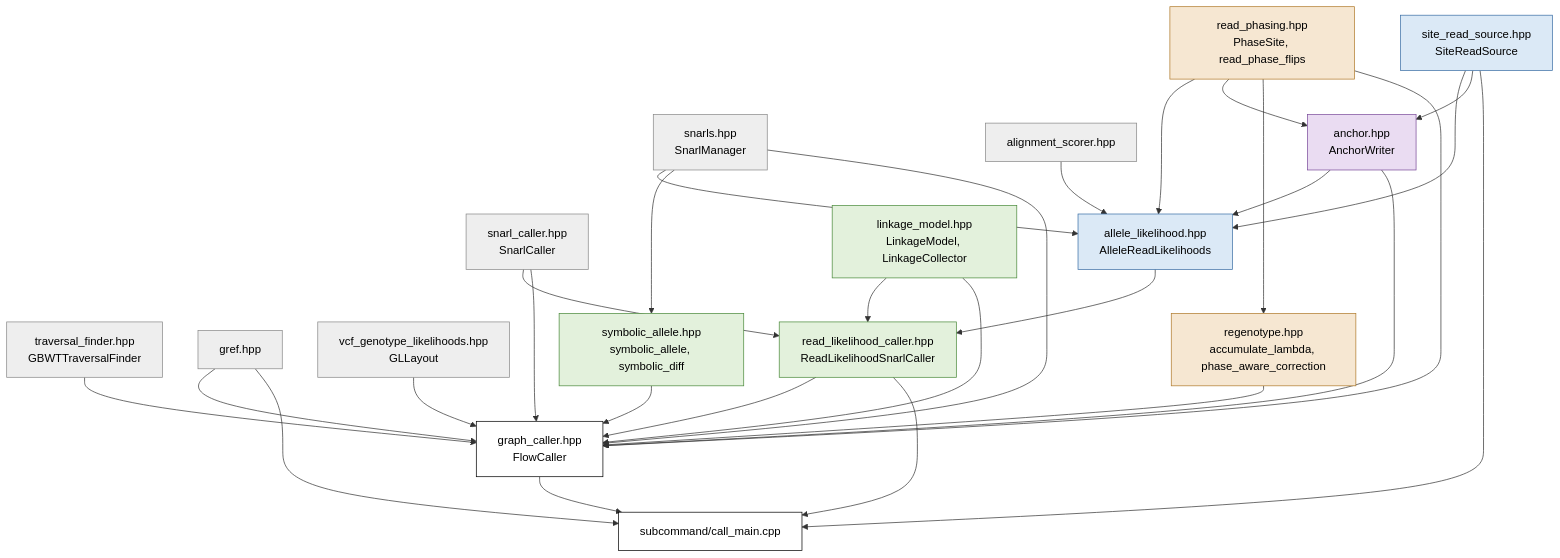
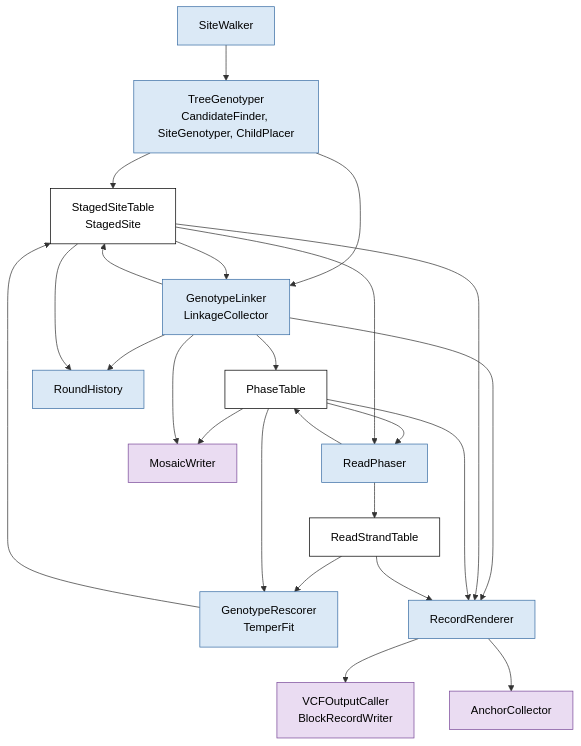
The diagram in doc/read-likelihood-architecture.md (vgteam/vg), drawn with Mermaid before and after one commit. The commit also changed other lines of this file and 3 other files, not shown here.

First line of the commit message:
call: describe the read-likelihood caller's classes in its source guide

````diff
--- a/doc/read-likelihood-architecture.md
+++ b/doc/read-likelihood-architecture.md
@@ -74,55 +102,44 @@
 ```mermaid
 flowchart TD
-    snarls["snarls.hpp<br/>SnarlManager"]:::vg
-    scorer["alignment_scorer.hpp"]:::vg
-    finder["traversal_finder.hpp<br/>GBWTTraversalFinder"]:::vg
-    snarlcaller["snarl_caller.hpp<br/>SnarlCaller"]:::vg
-    gref["gref.hpp"]:::vg
-    vcfgl["vcf_genotype_likelihoods.hpp<br/>GLLayout"]:::vg
+    walker["SiteWalker"]:::widget
+    tree["TreeGenotyper<br/>CandidateFinder, SiteGenotyper, ChildPlacer"]:::widget
+    staged["StagedSiteTable<br/>StagedSite"]:::data
+    linker["GenotypeLinker<br/>LinkageCollector"]:::widget
+    phases["PhaseTable"]:::data
+    phaser["ReadPhaser"]:::widget
+    strands["ReadStrandTable"]:::data
+    rescorer["GenotypeRescorer<br/>TemperFit"]:::widget
+    history["RoundHistory"]:::widget
+    renderer["RecordRenderer"]:::widget
+    output["VCFOutputCaller<br/>BlockRecordWriter"]:::output
+    anchors["AnchorCollector"]:::output
+    mosaic["MosaicWriter"]:::output
 
-    reads["site_read_source.hpp<br/>SiteReadSource"]:::likelihood
-    phasing["read_phasing.hpp<br/>PhaseSite, read_phase_flips"]:::phase
-    anchor["anchor.hpp<br/>AnchorWriter"]:::output
-    likelihood["allele_likelihood.hpp<br/>AlleleReadLikelihoods"]:::likelihood
-    caller["read_likelihood_caller.hpp<br/>ReadLikelihoodSnarlCaller"]:::genotype
-    linkage["linkage_model.hpp<br/>LinkageModel, LinkageCollector"]:::genotype
-    symbolic["symbolic_allele.hpp<br/>symbolic_allele, symbolic_diff"]:::genotype
-    regenotype["regenotype.hpp<br/>accumulate_lambda, phase_aware_correction"]:::phase
-    graphcaller["graph_caller.hpp<br/>FlowCaller"]:::driver
-    main["subcommand/call_main.cpp"]:::driver
+    walker --> tree
+    tree --> staged
+    tree --> linker
+    staged --> linker
+    linker --> staged
+    linker --> phases
+    phases --> phaser
+    staged --> phaser
+    phaser --> phases
+    phaser --> strands
+    strands --> rescorer
+    phases --> rescorer
+    rescorer --> staged
+    linker --> history
+    staged --> history
+    linker --> renderer
+    staged --> renderer
+    phases --> renderer
+    strands --> renderer
+    renderer --> output
+    renderer --> anchors
+    phases --> mosaic
+    linker --> mosaic
 
-    reads --> likelihood
-    scorer --> likelihood
-    snarls --> likelihood
-    phasing --> likelihood
-    anchor --> likelihood
-    reads --> anchor
-    phasing --> anchor
-    phasing --> regenotype
-    snarls --> symbolic
-    likelihood --> caller
-    snarlcaller --> caller
-    linkage --> caller
-    caller --> graphcaller
-    linkage --> graphcaller
-    symbolic --> graphcaller
-    regenotype --> graphcaller
-    phasing --> graphcaller
-    anchor --> graphcaller
-    finder --> graphcaller
-    snarls --> graphcaller
-    snarlcaller --> graphcaller
-    gref --> graphcaller
-    vcfgl --> graphcaller
-    graphcaller --> main
-    caller --> main
-    reads --> main
-    gref --> main
-
-    classDef vg fill:#eeeeee,stroke:#888888,color:#000000
-    classDef likelihood fill:#dbe9f6,stroke:#3a6ea5,color:#000000
-    classDef genotype fill:#e3f1dc,stroke:#4a8a3a,color:#000000
-    classDef phase fill:#f6e7d2,stroke:#b07a2a,color:#000000
+    classDef widget fill:#dbe9f6,stroke:#3a6ea5,color:#000000
+    classDef data fill:#ffffff,stroke:#000000,color:#000000
     classDef output fill:#eadcf2,stroke:#7a4a9a,color:#000000
-    classDef driver fill:#ffffff,stroke:#000000,color:#000000
 ```
````
